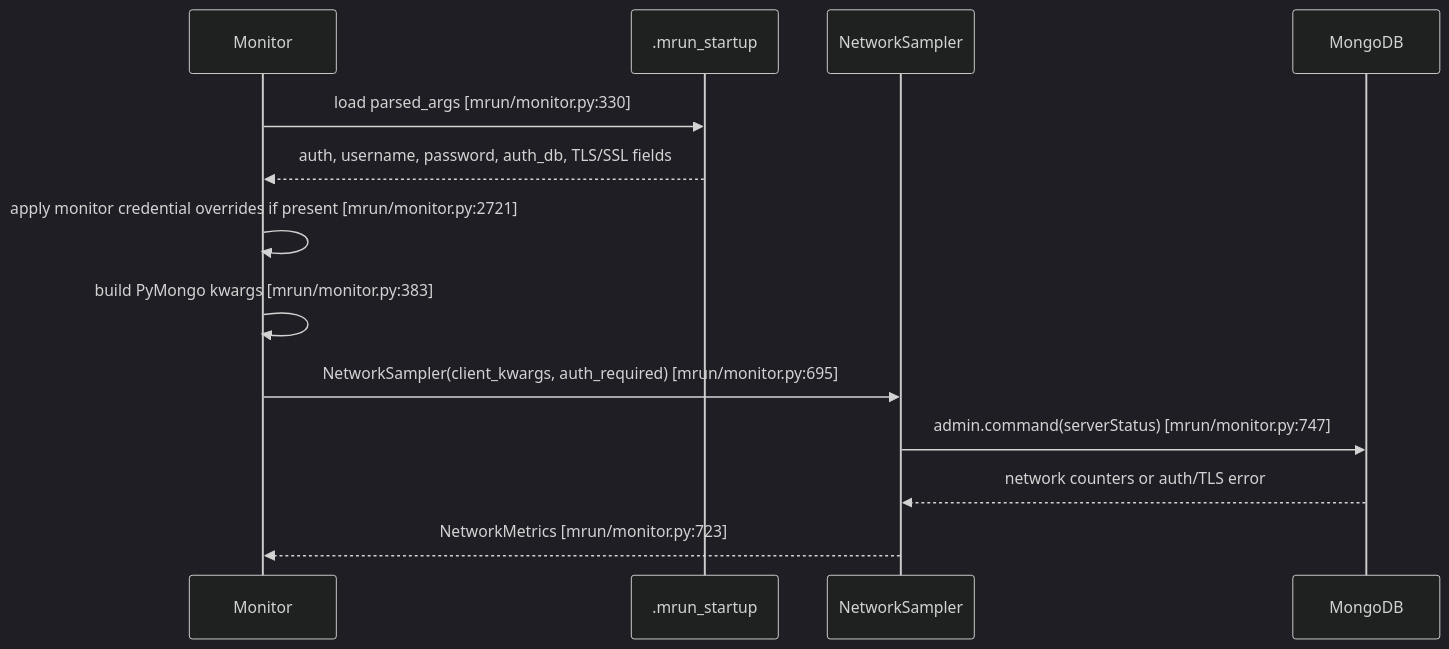
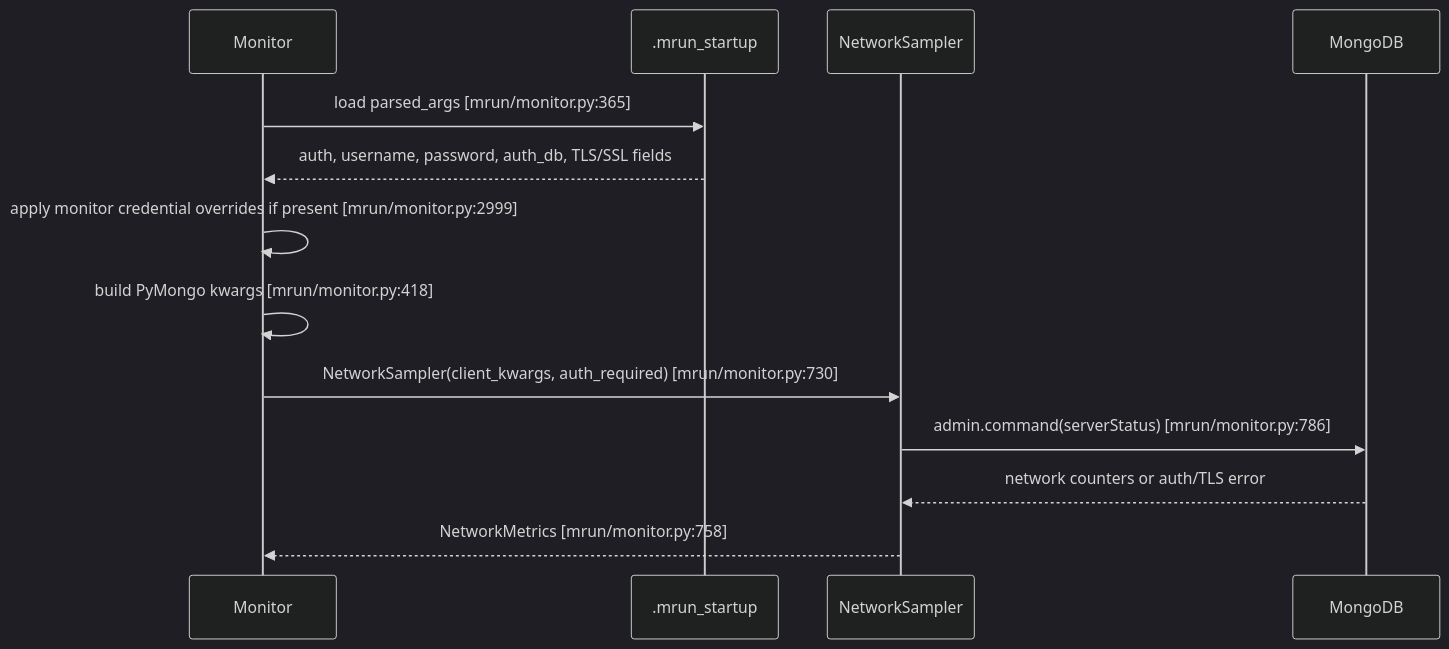
Before and after one commit to mongodb/mlaunch: the third of 12 diagrams in doc/feature-monitor-guide.md, drawn with Mermaid (dark theme). The commit also changed other lines of this file and 2 other files, not shown here.

Commit message:
docs: document roles and current ops monitor view

````diff
--- a/doc/feature-monitor-guide.md
+++ b/doc/feature-monitor-guide.md
@@ -188,16 +192,16 @@
 ```mermaid
 sequenceDiagram
     participant Monitor as Monitor
     participant FS as .mrun_startup
     participant Sampler as NetworkSampler
     participant Mongo as MongoDB
 
-    Monitor->>FS: load parsed_args [mrun/monitor.py:330]
+    Monitor->>FS: load parsed_args [mrun/monitor.py:365]
     FS-->>Monitor: auth, username, password, auth_db, TLS/SSL fields
-    Monitor->>Monitor: apply monitor credential overrides if present [mrun/monitor.py:2721]
-    Monitor->>Monitor: build PyMongo kwargs [mrun/monitor.py:383]
-    Monitor->>Sampler: NetworkSampler(client_kwargs, auth_required) [mrun/monitor.py:695]
-    Sampler->>Mongo: admin.command(serverStatus) [mrun/monitor.py:747]
+    Monitor->>Monitor: apply monitor credential overrides if present [mrun/monitor.py:2999]
+    Monitor->>Monitor: build PyMongo kwargs [mrun/monitor.py:418]
+    Monitor->>Sampler: NetworkSampler(client_kwargs, auth_required) [mrun/monitor.py:730]
+    Sampler->>Mongo: admin.command(serverStatus) [mrun/monitor.py:786]
     Mongo-->>Sampler: network counters or auth/TLS error
-    Sampler-->>Monitor: NetworkMetrics [mrun/monitor.py:723]
+    Sampler-->>Monitor: NetworkMetrics [mrun/monitor.py:758]
 ```
````
